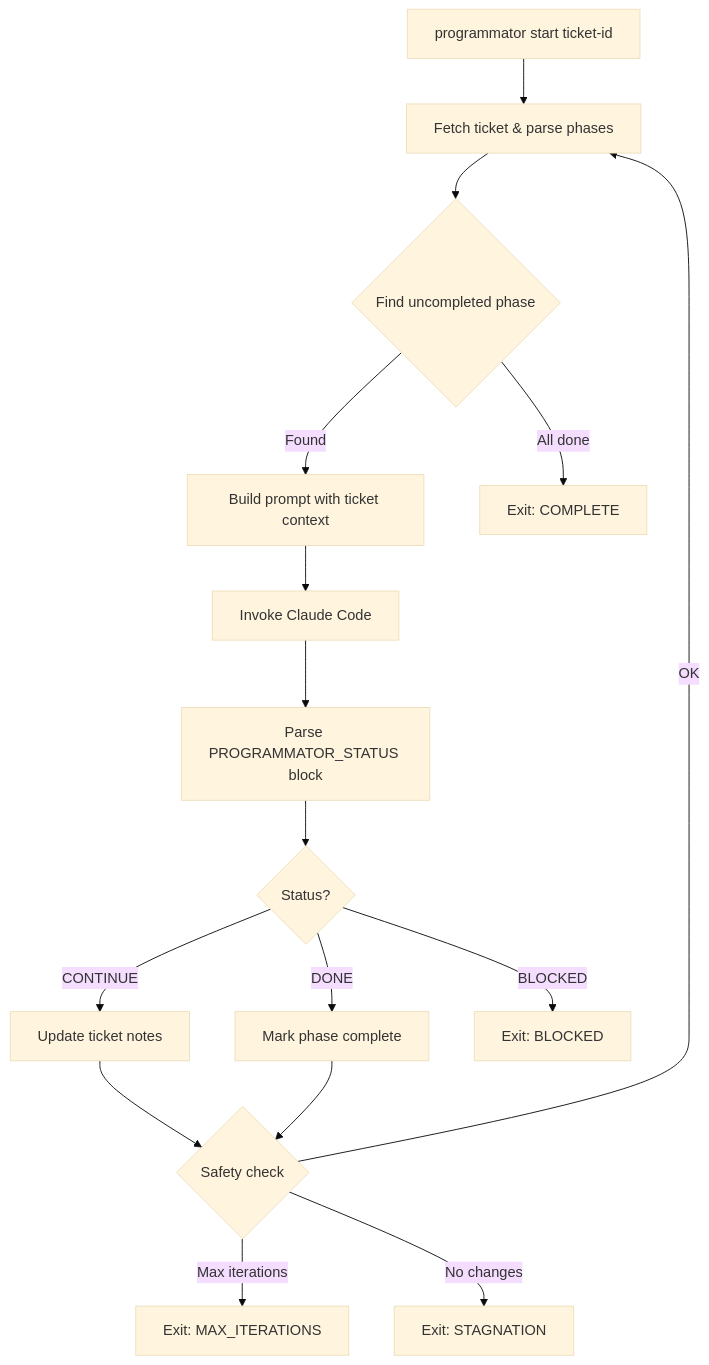
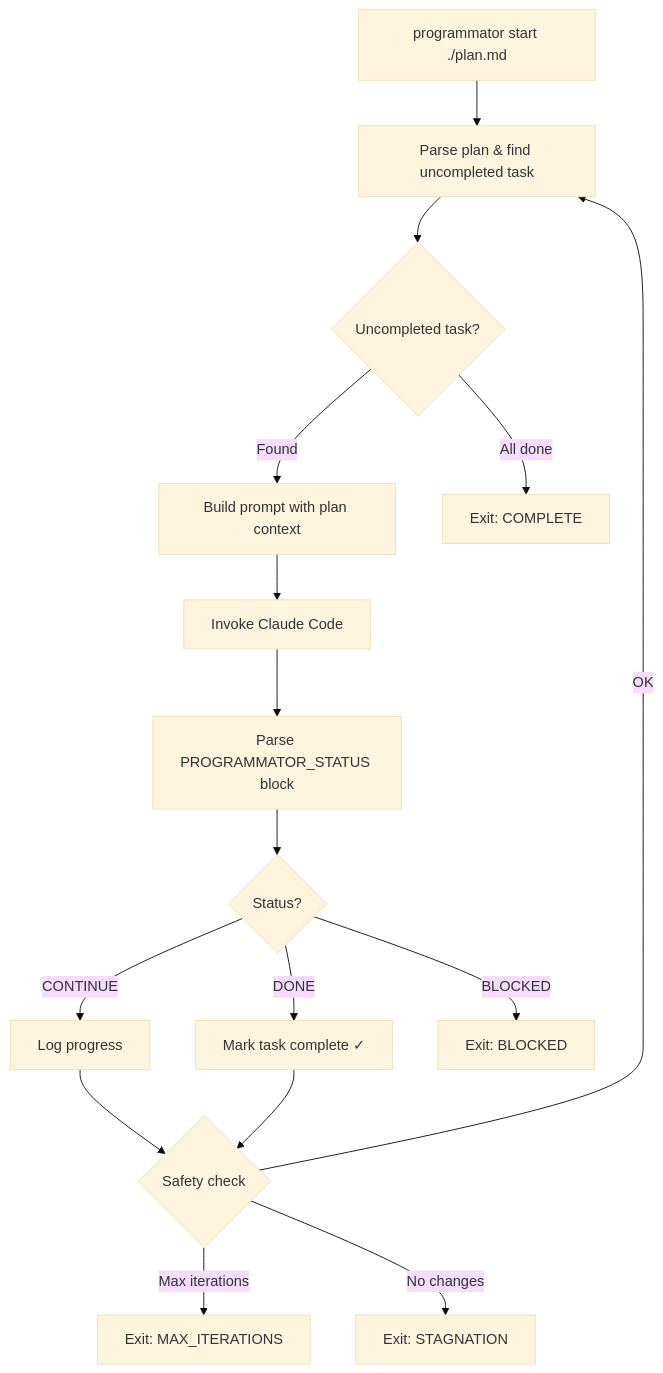
Before and after one commit to alexander-akhmetov/programmator: the diagram in README.md, drawn with Mermaid (base theme). The commit also changed other lines of this file, not shown here.

````diff
--- a/README.md
+++ b/README.md
@@ -153,18 +43,18 @@
 ```mermaid
 flowchart TD
-    A[programmator start ticket-id] --> B[Fetch ticket & parse phases]
-    B --> C{Find uncompleted phase}
-    C -->|Found| D[Build prompt with ticket context]
+    A[programmator start ./plan.md] --> B[Parse plan & find uncompleted task]
+    B --> C{Uncompleted task?}
+    C -->|Found| D[Build prompt with plan context]
     C -->|All done| K[Exit: COMPLETE]
     D --> E[Invoke Claude Code]
     E --> F[Parse PROGRAMMATOR_STATUS block]
     F --> G{Status?}
-    G -->|CONTINUE| H[Update ticket notes]
-    G -->|DONE| I[Mark phase complete]
+    G -->|CONTINUE| H[Log progress]
+    G -->|DONE| I[Mark task complete ✓]
     G -->|BLOCKED| J[Exit: BLOCKED]
     H --> L{Safety check}
     I --> L
     L -->|OK| B
     L -->|Max iterations| M[Exit: MAX_ITERATIONS]
     L -->|No changes| N[Exit: STAGNATION]
 ```
````
